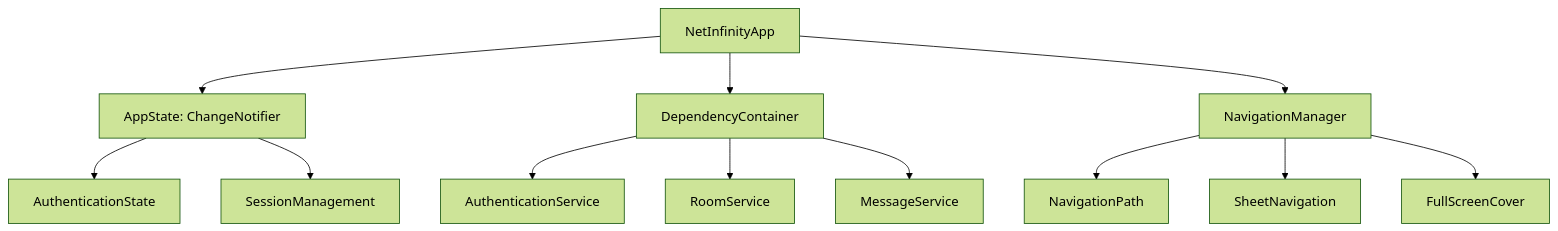
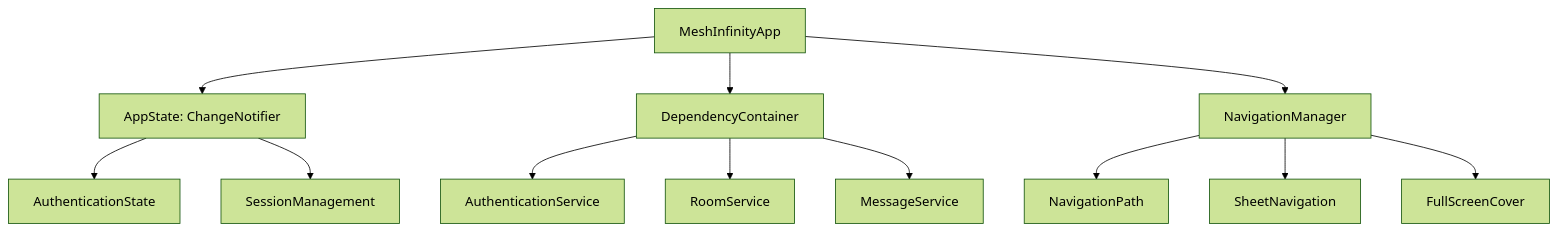
One commit to Onii-Mediaworks/mesh-infinity changed the diagram in SPEC.md. Above: the diagram before and after it, drawn with Mermaid (forest theme). The commit also changed other lines of this file and 206 other files, not shown here.

````diff
--- a/SPEC.md
+++ b/SPEC.md
@@ -38,14 +41,14 @@
 ```mermaid
 graph TD
-    A[NetInfinityApp] --> B[AppState: ChangeNotifier]
+    A[MeshInfinityApp] --> B[AppState: ChangeNotifier]
     A --> C[DependencyContainer]
     A --> D[NavigationManager]
     B --> E[AuthenticationState]
     B --> F[SessionManagement]
     C --> G[AuthenticationService]
     C --> H[RoomService]
     C --> I[MessageService]
     D --> J[NavigationPath]
     D --> K[SheetNavigation]
     D --> L[FullScreenCover]
 ```
````
